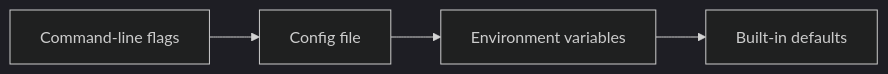
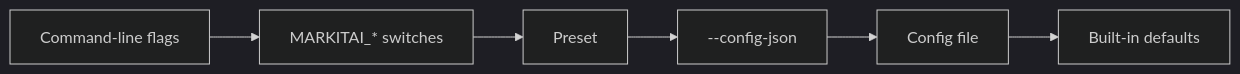
The first of 4 diagrams in website/guide/configuration.md (Ynewtime/markitai), drawn with Mermaid (dark theme) before and after one commit. The commit also changed other lines of this file and 38 other files, not shown here.

````diff
--- a/website/guide/configuration.md
+++ b/website/guide/configuration.md
@@ -9,4 +9,4 @@
 ```mermaid
 flowchart LR
-  A[Command-line flags] --> B[Config file] --> C[Environment variables] --> D[Built-in defaults]
+  A[Command-line flags] --> B[MARKITAI_* switches] --> P[Preset] --> J["--config-json"] --> C[Config file] --> D[Built-in defaults]
 ```
````
